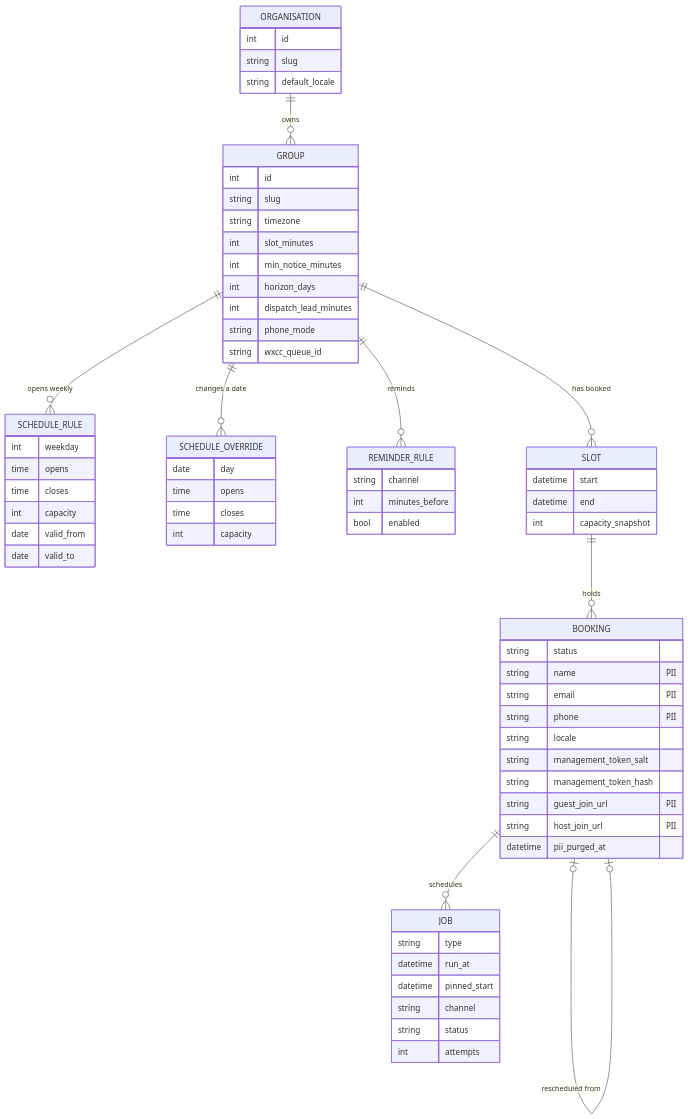
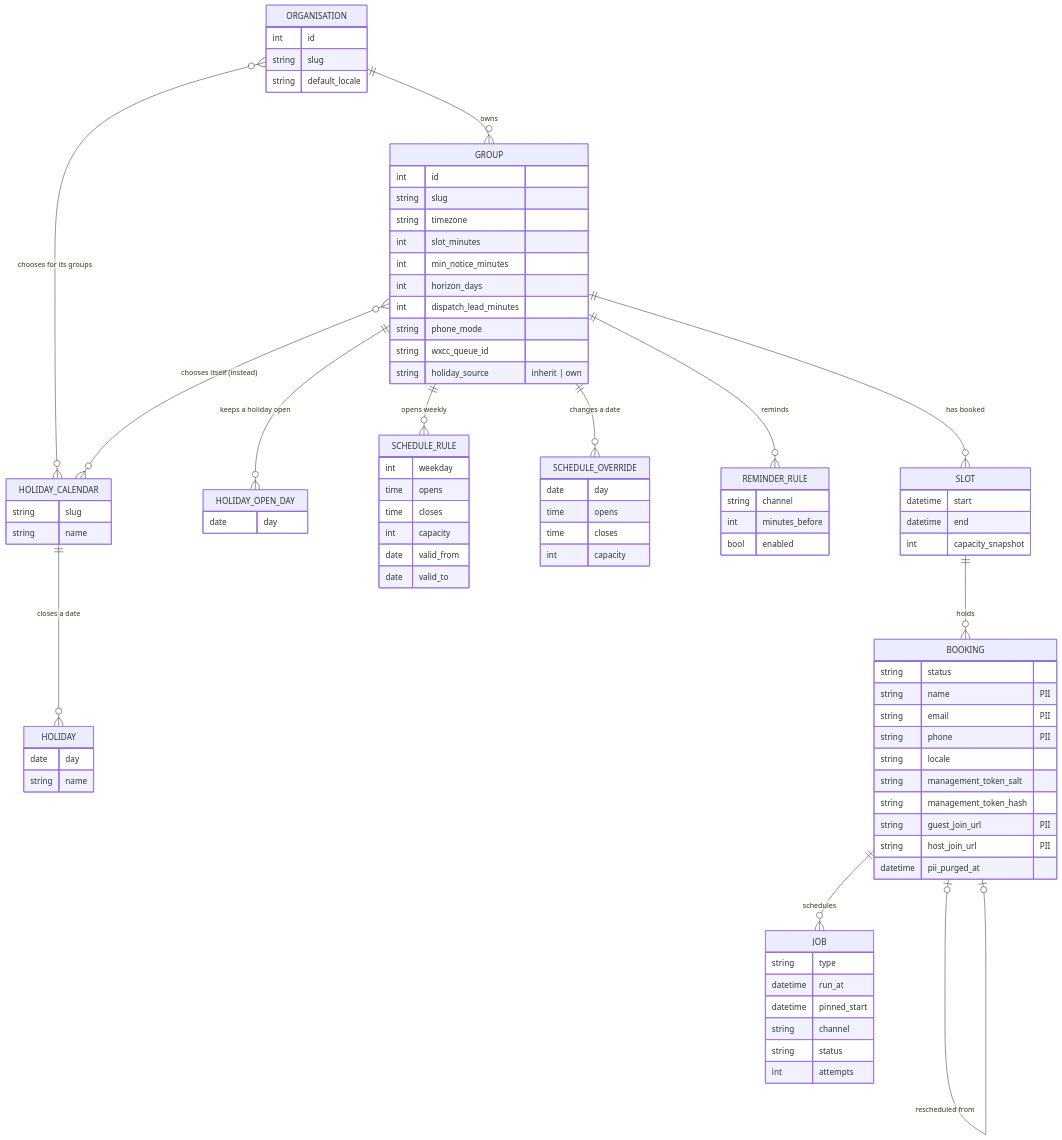
One commit to 3Corners-Labs/OpenPlanner changed the fifth of 13 diagrams in docs/architecture.md. Above: the diagram before and after it, drawn with Mermaid. The commit also changed other lines of this file and 44 other files, not shown here.

First line of the commit message:
feat(admin): reusable holiday calendars with overrides per organisation and group

````diff
--- a/docs/architecture.md
+++ b/docs/architecture.md
@@ -221,6 +222,10 @@
 ```mermaid
 erDiagram
     ORGANISATION ||--o{ GROUP : owns
+    HOLIDAY_CALENDAR ||--o{ HOLIDAY : "closes a date"
+    ORGANISATION }o--o{ HOLIDAY_CALENDAR : "chooses for its groups"
+    GROUP }o--o{ HOLIDAY_CALENDAR : "chooses itself (instead)"
+    GROUP ||--o{ HOLIDAY_OPEN_DAY : "keeps a holiday open"
     GROUP ||--o{ SCHEDULE_RULE : "opens weekly"
     GROUP ||--o{ SCHEDULE_OVERRIDE : "changes a date"
     GROUP ||--o{ REMINDER_RULE : reminds
@@ -244,6 +249,18 @@
         int dispatch_lead_minutes
         string phone_mode
         string wxcc_queue_id
+        string holiday_source "inherit | own"
+    }
+    HOLIDAY_CALENDAR {
+        string slug
+        string name
+    }
+    HOLIDAY {
+        date day
+        string name
+    }
+    HOLIDAY_OPEN_DAY {
+        date day
     }
     SCHEDULE_RULE {
         int weekday
````
